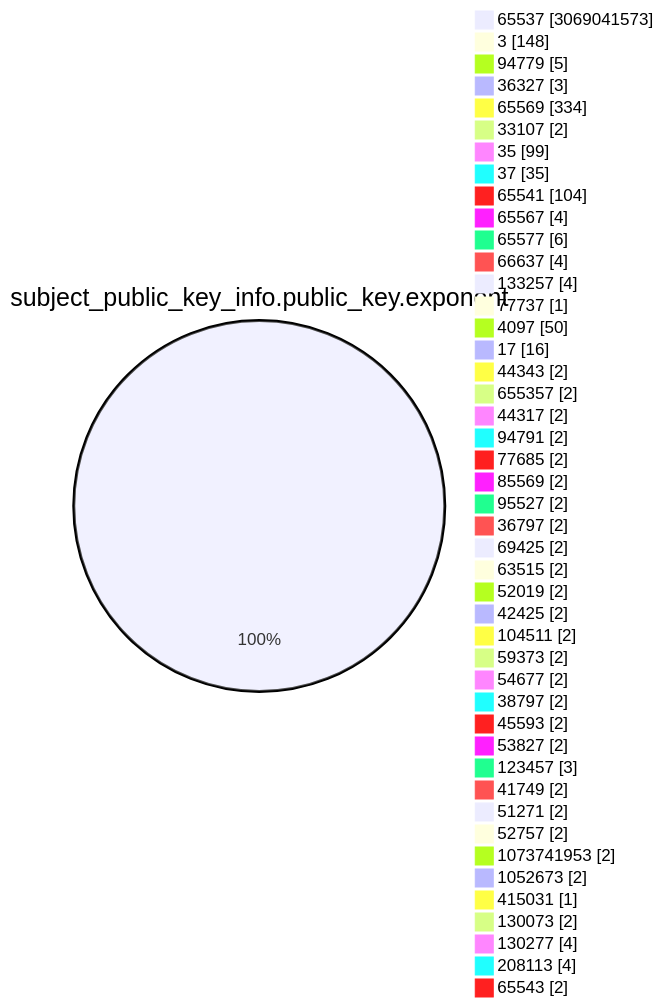
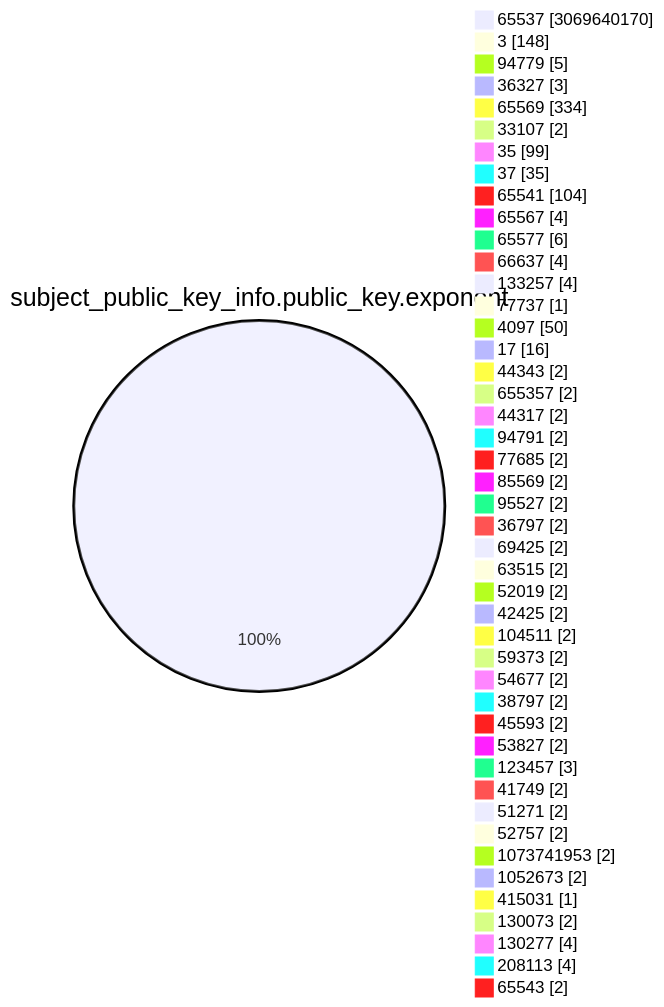
The fourth of 15 diagrams in TOTAL/README.md (christiankrug/ctmonitor_visualization), drawn with Mermaid before and after one commit. The commit also changed other lines of this file, not shown here.

````diff
--- a/TOTAL/README.md
+++ b/TOTAL/README.md
@@ -1473,49 +1473,49 @@
 ```mermaid
 pie showData
 title subject_public_key_info.public_key.exponent
-"65537" :3069041573
+"65537" :3069640170
 "3" :148
 "94779" :5
 "36327" :3
 "65569" :334
 "33107" :2
 "35" :99
 "37" :35
 "65541" :104
 "65567" :4
 "65577" :6
 "66637" :4
 "133257" :4
 "77737" :1
 "4097" :50
 "17" :16
 "44343" :2
 "655357" :2
 "44317" :2
 "94791" :2
 "77685" :2
 "85569" :2
 "95527" :2
 "36797" :2
 "69425" :2
 "63515" :2
 "52019" :2
 "42425" :2
 "104511" :2
 "59373" :2
 "54677" :2
 "38797" :2
 "45593" :2
 "53827" :2
 "123457" :3
 "41749" :2
 "51271" :2
 "52757" :2
 "1073741953" :2
 "1052673" :2
 "415031" :1
 "130073" :2
 "130277" :4
 "208113" :4
 "65543" :2
 ```
````
